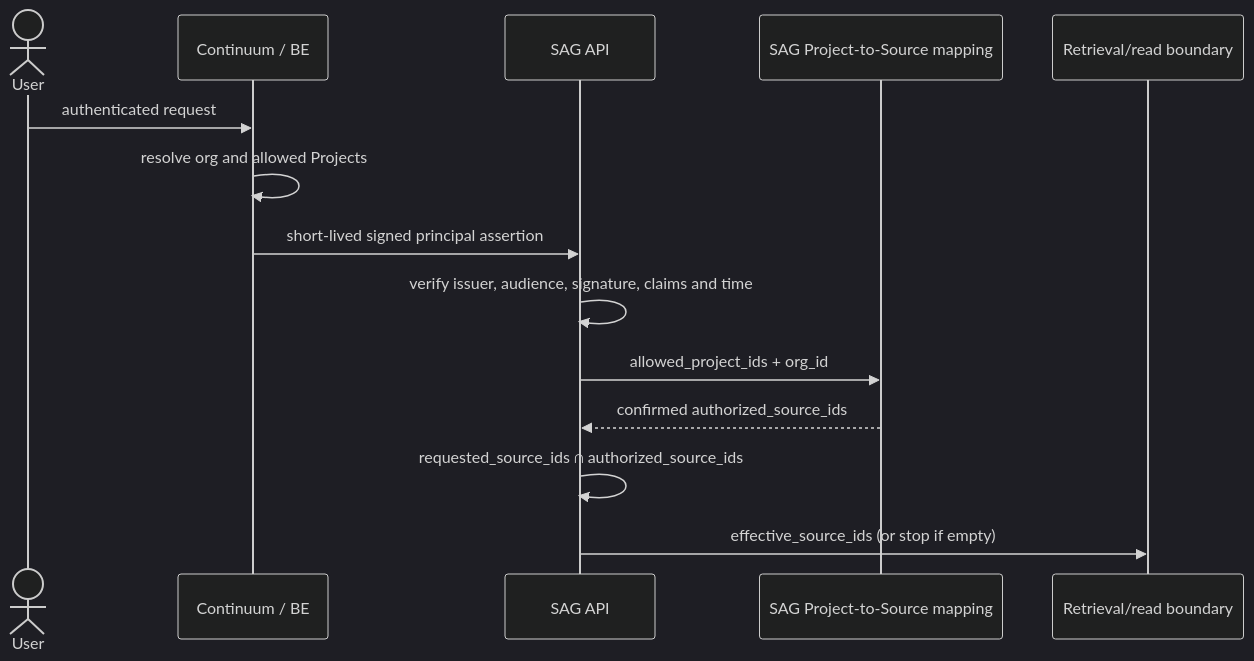
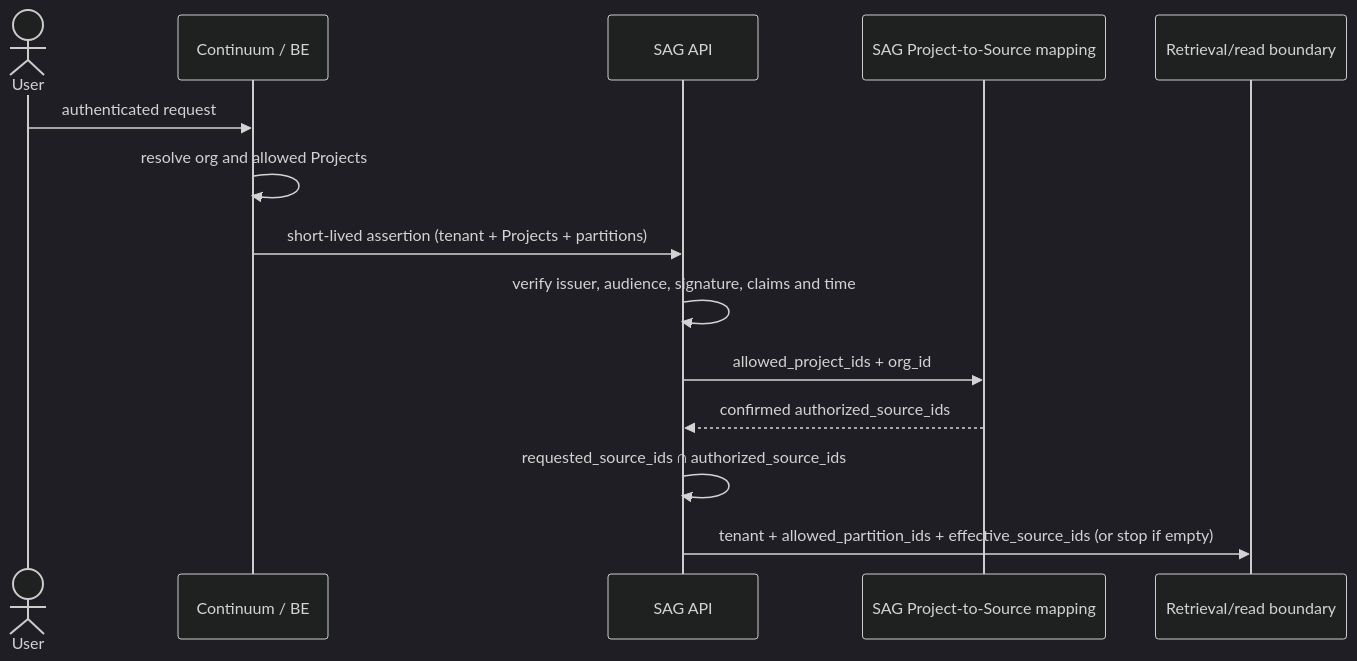
The diagram in SAG/docs/security/principal-assertion-contract.md (DATN-SPRING2027/sag-laya-integration), drawn with Mermaid (dark theme) before and after one commit. The commit also changed other lines of this file and 53 other files, not shown here.

Commit message:
feat: update SAG decision and Universe flows

````diff
--- a/SAG/docs/security/principal-assertion-contract.md
+++ b/SAG/docs/security/principal-assertion-contract.md
@@ -25,16 +25,16 @@
 ```mermaid
 sequenceDiagram
     actor User
     participant BE as Continuum / BE
     participant SAG as SAG API
     participant Map as SAG Project-to-Source mapping
     participant R as Retrieval/read boundary
     User->>BE: authenticated request
     BE->>BE: resolve org and allowed Projects
-    BE->>SAG: short-lived signed principal assertion
+    BE->>SAG: short-lived assertion (tenant + Projects + partitions)
     SAG->>SAG: verify issuer, audience, signature, claims and time
     SAG->>Map: allowed_project_ids + org_id
     Map-->>SAG: confirmed authorized_source_ids
     SAG->>SAG: requested_source_ids ∩ authorized_source_ids
-    SAG->>R: effective_source_ids (or stop if empty)
+    SAG->>R: tenant + allowed_partition_ids + effective_source_ids (or stop if empty)
 ```
````
